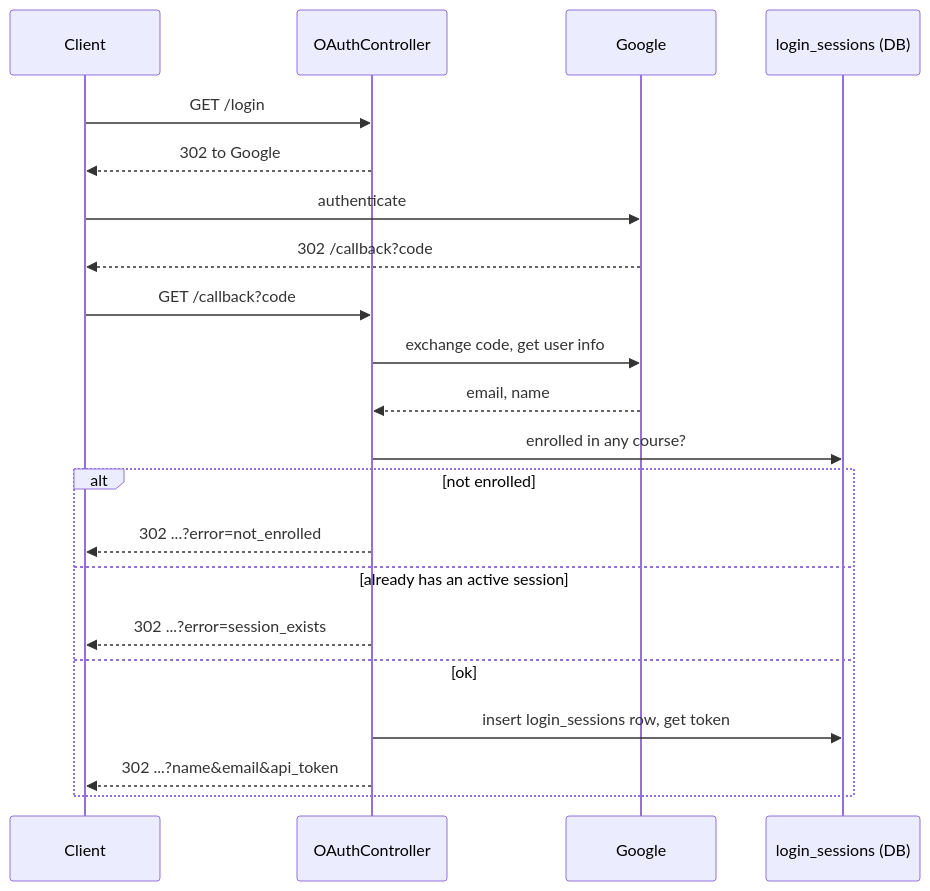
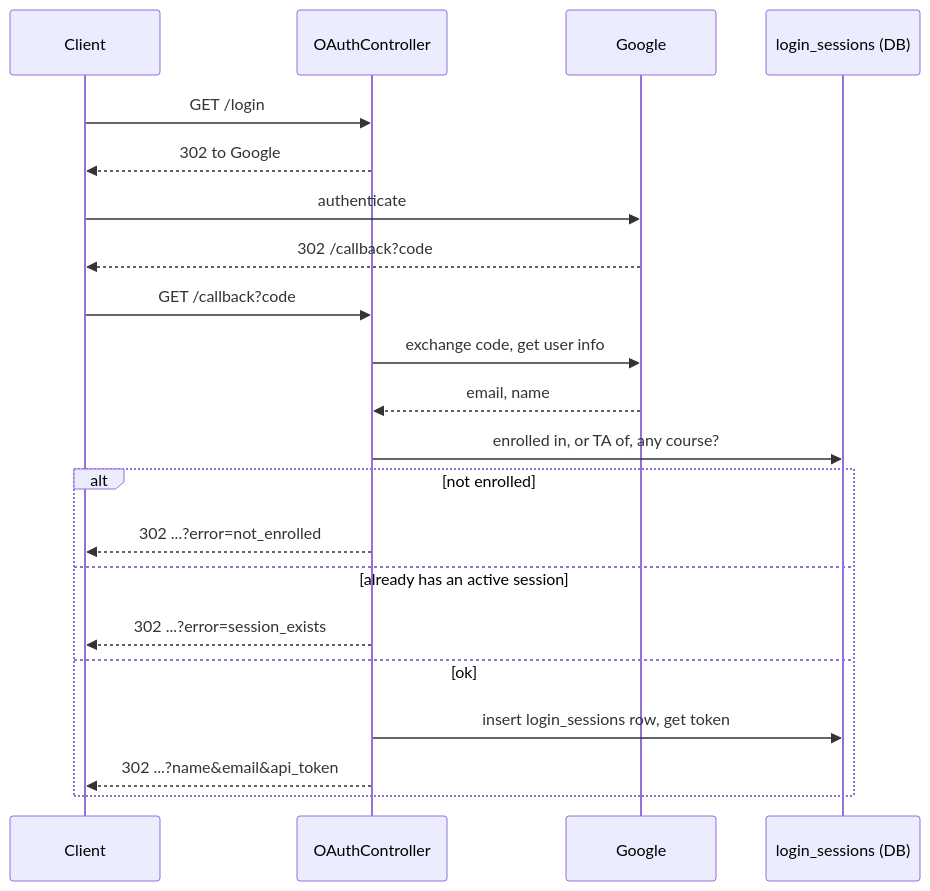
One commit to SJSU-CS-systems-group/cs30 changed the first of 5 diagrams in docs/internal/architecture/data-flow.md. Above: the diagram before and after it, drawn with Mermaid. The commit also changed other lines of this file and 24 other files, not shown here.

````diff
--- a/docs/internal/architecture/data-flow.md
+++ b/docs/internal/architecture/data-flow.md
@@ -16,24 +16,24 @@
 ```mermaid
 sequenceDiagram
   participant C as Client
   participant O as OAuthController
   participant G as Google
   participant DB as login_sessions (DB)
 
   C->>O: GET /login
   O-->>C: 302 to Google
   C->>G: authenticate
   G-->>C: 302 /callback?code
   C->>O: GET /callback?code
   O->>G: exchange code, get user info
   G-->>O: email, name
-  O->>DB: enrolled in any course?
+  O->>DB: enrolled in, or TA of, any course?
   alt not enrolled
     O-->>C: 302 ...?error=not_enrolled
   else already has an active session
     O-->>C: 302 ...?error=session_exists
   else ok
     O->>DB: insert login_sessions row, get token
     O-->>C: 302 ...?name&email&api_token
   end
 ```
````
